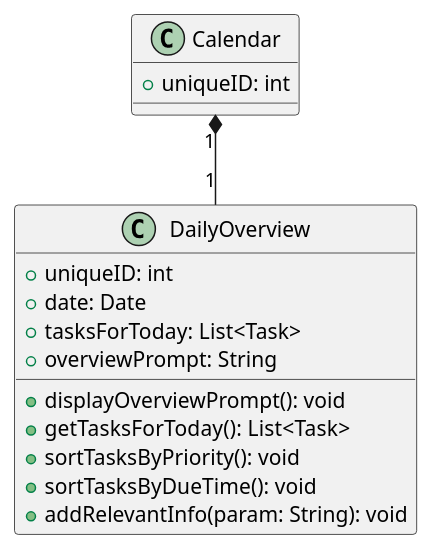
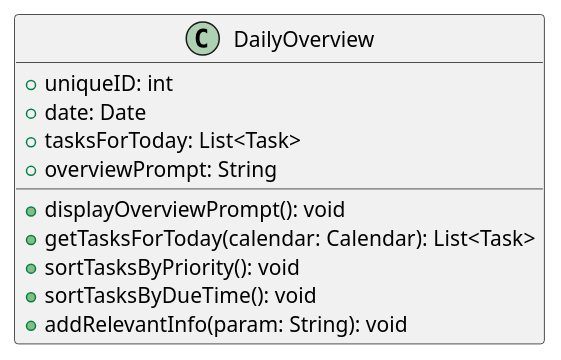
One commit to CS361-2024Fall-Term/Innovators changed the diagram in assignment6/daily-overview.puml. Above: the diagram before and after it, drawn with PlantUML. The commit also changed 1 other file, not shown here.

```diff
--- a/assignment6/daily-overview.puml
+++ b/assignment6/daily-overview.puml
@@ -1,22 +1,16 @@
 @startuml
 
 class DailyOverview {
     +uniqueID: int
     +date: Date
     +tasksForToday: List<Task>
     +overviewPrompt: String
 
     +displayOverviewPrompt(): void
-    +getTasksForToday(): List<Task>
+    +getTasksForToday(calendar: Calendar): List<Task>
     +sortTasksByPriority(): void
     +sortTasksByDueTime(): void
     +addRelevantInfo(param: String): void
 }
 
-class Calendar {
-    +uniqueID: int
-}
-
-Calendar "1" *-- "1" DailyOverview
-
 @enduml
```
